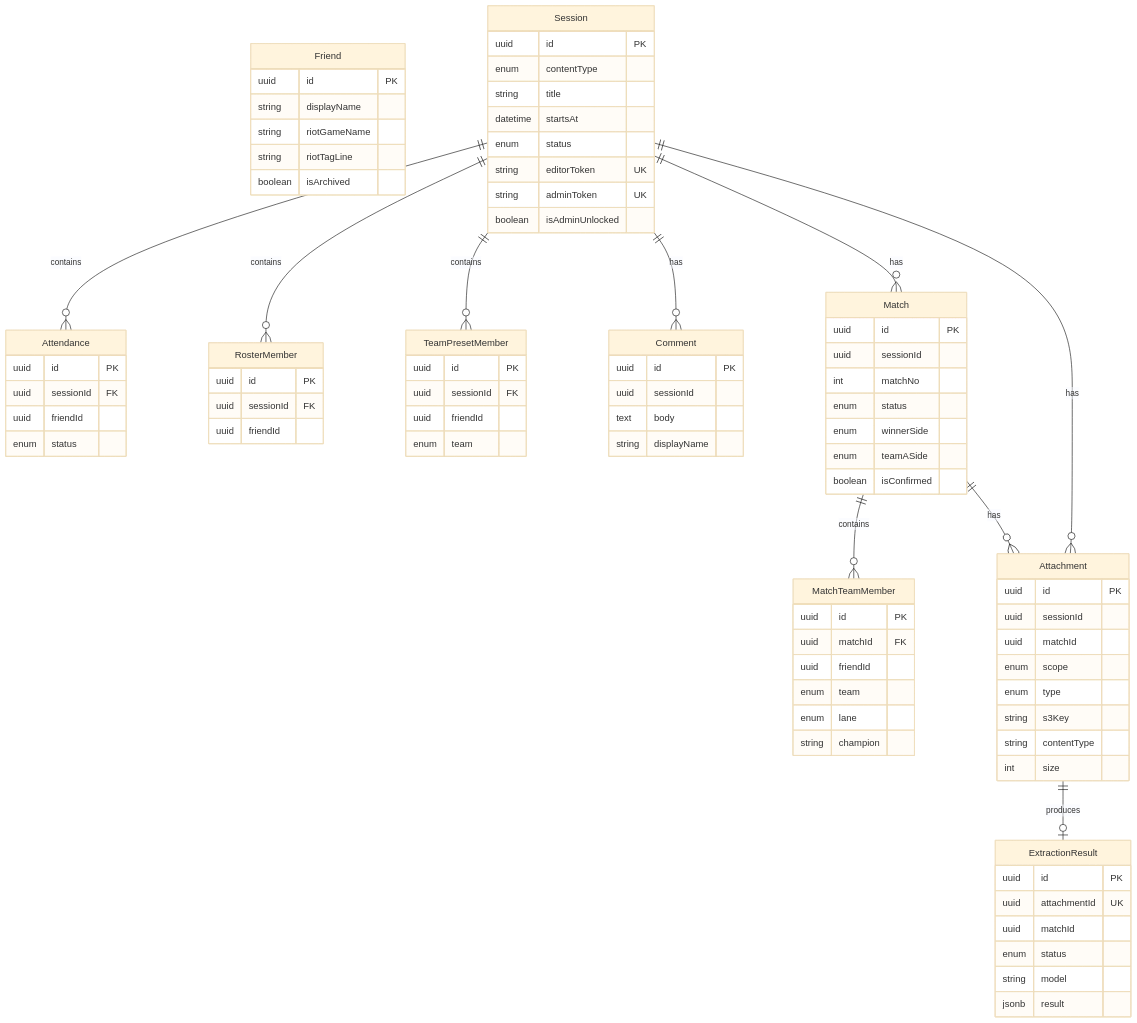
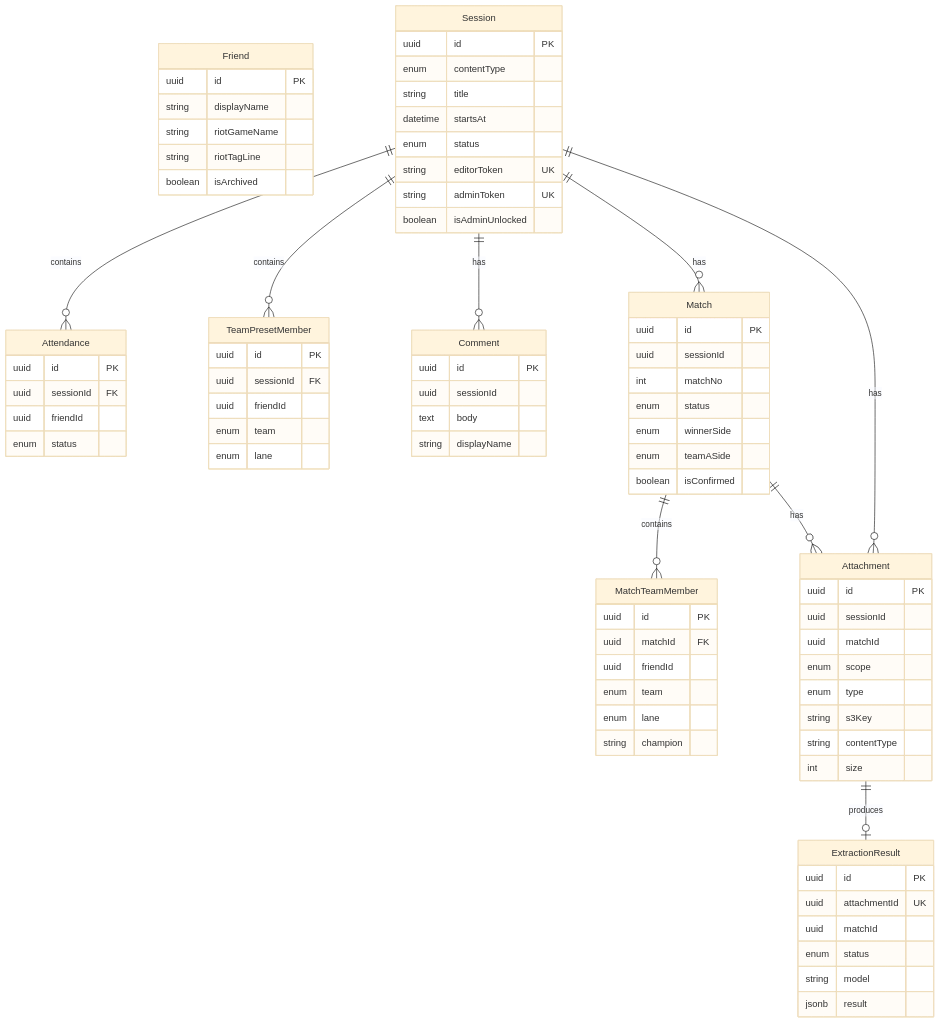
The second of 4 diagrams in docs/시스템디자인.md (leejh14/play-note), drawn with Mermaid (base theme) before and after one commit. The commit also changed other lines of this file and 1 other file, not shown here.

```diff
--- a/docs/시스템디자인.md
+++ b/docs/시스템디자인.md
@@ -385,17 +391,12 @@
         enum status
     }
 
-    RosterMember {
-        uuid id PK
-        uuid sessionId FK
-        uuid friendId
-    }
-
     TeamPresetMember {
         uuid id PK
         uuid sessionId FK
         uuid friendId
         enum team
+        enum lane
     }
 
     Comment {
@@ -445,7 +446,6 @@
     }
 
     Session ||--o{ Attendance : contains
-    Session ||--o{ RosterMember : contains
     Session ||--o{ TeamPresetMember : contains
     Session ||--o{ Comment : has
     Session ||--o{ Match : has
```
